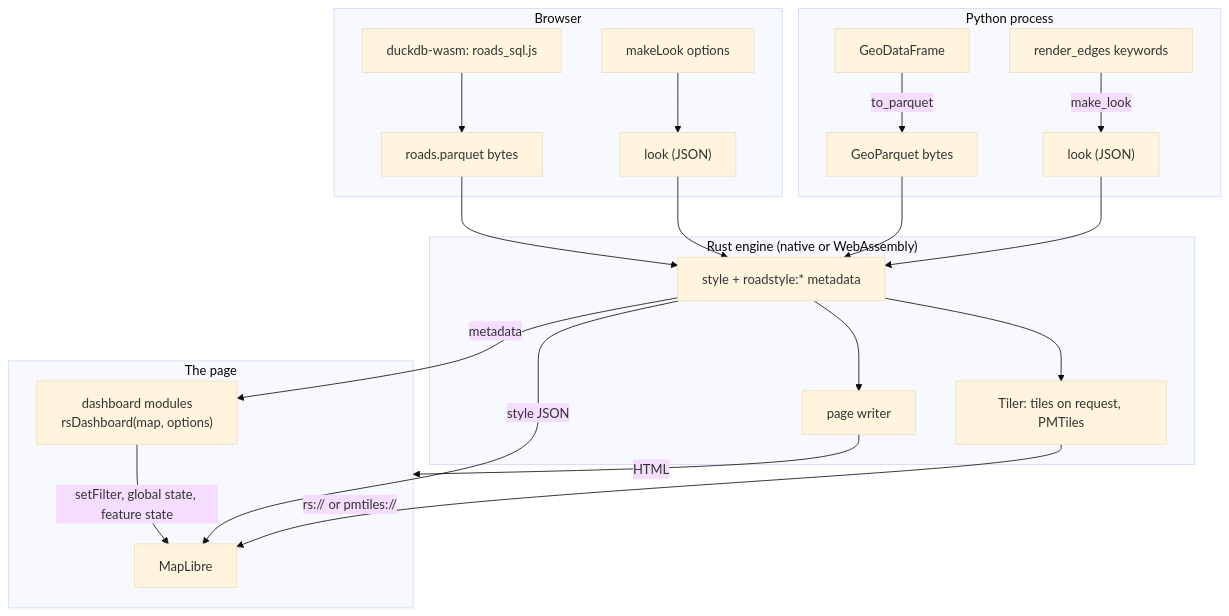
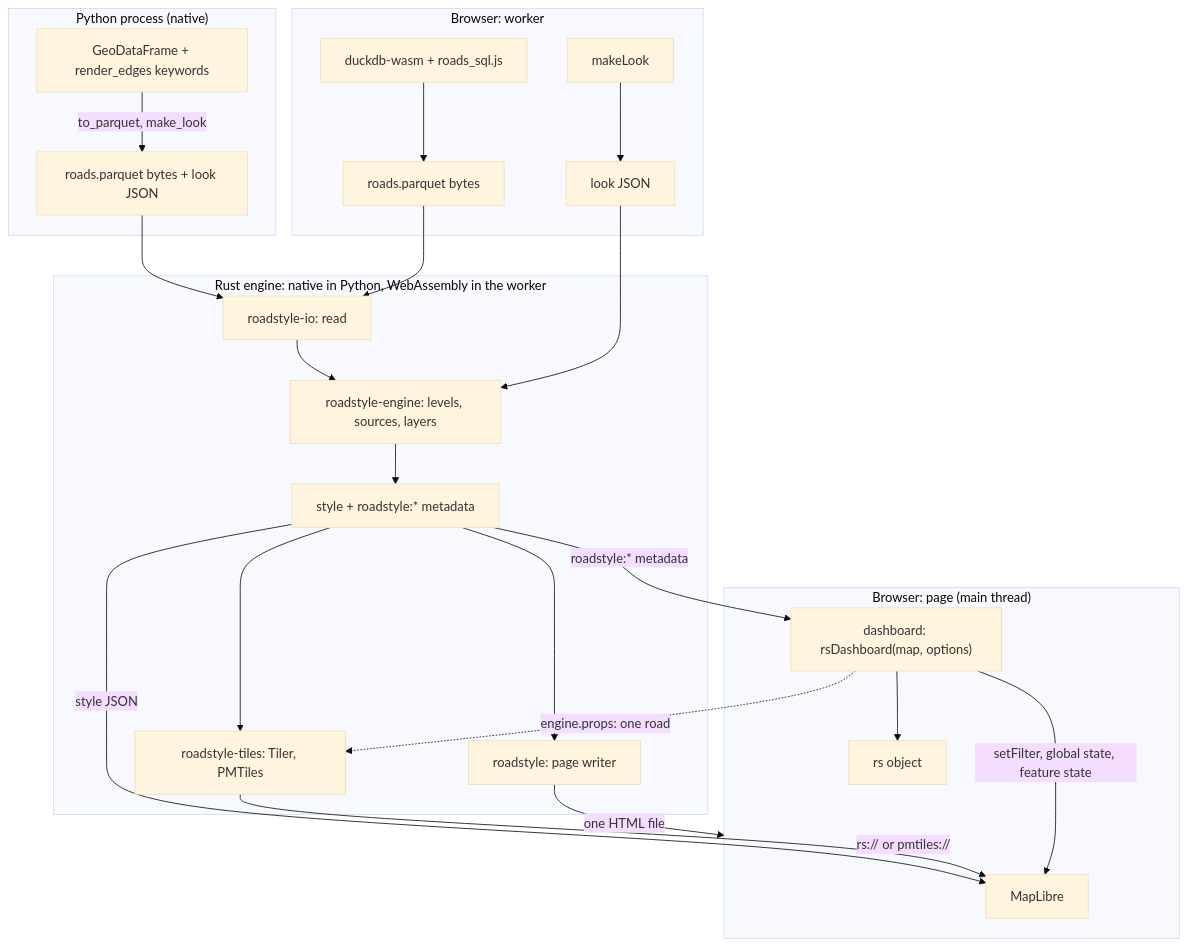
The second of 5 diagrams in docs/rust/architecture.md (Khoshkhah/roadstyle), drawn with Mermaid (base theme) before and after one commit. The commit also changed other lines of this file and 6 other files, not shown here.

First line of the commit message:
docs: the architecture of the Rust version, made from the code

````diff
--- a/docs/rust/architecture.md
+++ b/docs/rust/architecture.md
@@ -14,29 +182,32 @@
 ```mermaid
 flowchart TB
-    subgraph py["Python process"]
-        gdf["GeoDataFrame"] -->|"to_parquet"| pq1["GeoParquet bytes"]
-        kw["render_edges keywords"] -->|"make_look"| lk1["look (JSON)"]
+    subgraph native["Python process (native)"]
+        gdf["GeoDataFrame + render_edges keywords"]
+        gdf -->|"to_parquet, make_look"| inp1["roads.parquet bytes + look JSON"]
     end
-    subgraph web["Browser"]
-        sql["duckdb-wasm: roads_sql.js"] --> pq2["roads.parquet bytes"]
-        js["makeLook options"] --> lk2["look (JSON)"]
+    subgraph worker["Browser: worker"]
+        sql["duckdb-wasm + roads_sql.js"] --> inp2["roads.parquet bytes"]
+        mk["makeLook"] --> lk2["look JSON"]
     end
-    subgraph core["Rust engine (native or WebAssembly)"]
-        sty["style + roadstyle:* metadata"]
-        tl["Tiler: tiles on request, PMTiles"]
-        pg["page writer"]
-        sty --> tl
-        sty --> pg
+    subgraph core["Rust engine: native in Python, WebAssembly in the worker"]
+        rd["roadstyle-io: read"] --> eng["roadstyle-engine: levels, sources, layers"]
+        eng --> sty["style + roadstyle:* metadata"]
+        sty --> tl["roadstyle-tiles: Tiler, PMTiles"]
+        sty --> pg["roadstyle: page writer"]
     end
-    pq1 & pq2 --> sty
-    lk1 & lk2 --> sty
-    subgraph page["The page"]
+    inp1 --> rd
+    inp2 --> rd
+    lk2 --> eng
+    subgraph page["Browser: page (main thread)"]
         ml["MapLibre"]
-        db["dashboard modules<br/>rsDashboard(map, options)"]
+        db["dashboard: rsDashboard(map, options)"]
+        rsobj["rs object"]
+        db --> rsobj
     end
     sty -->|"style JSON"| ml
     tl -->|"rs:// or pmtiles://"| ml
-    pg -->|"HTML"| page
-    sty -->|"metadata"| db
+    pg -->|"one HTML file"| page
+    sty -->|"roadstyle:* metadata"| db
     db -->|"setFilter, global state, feature state"| ml
+    db -.->|"engine.props: one road"| tl
 ```
````
